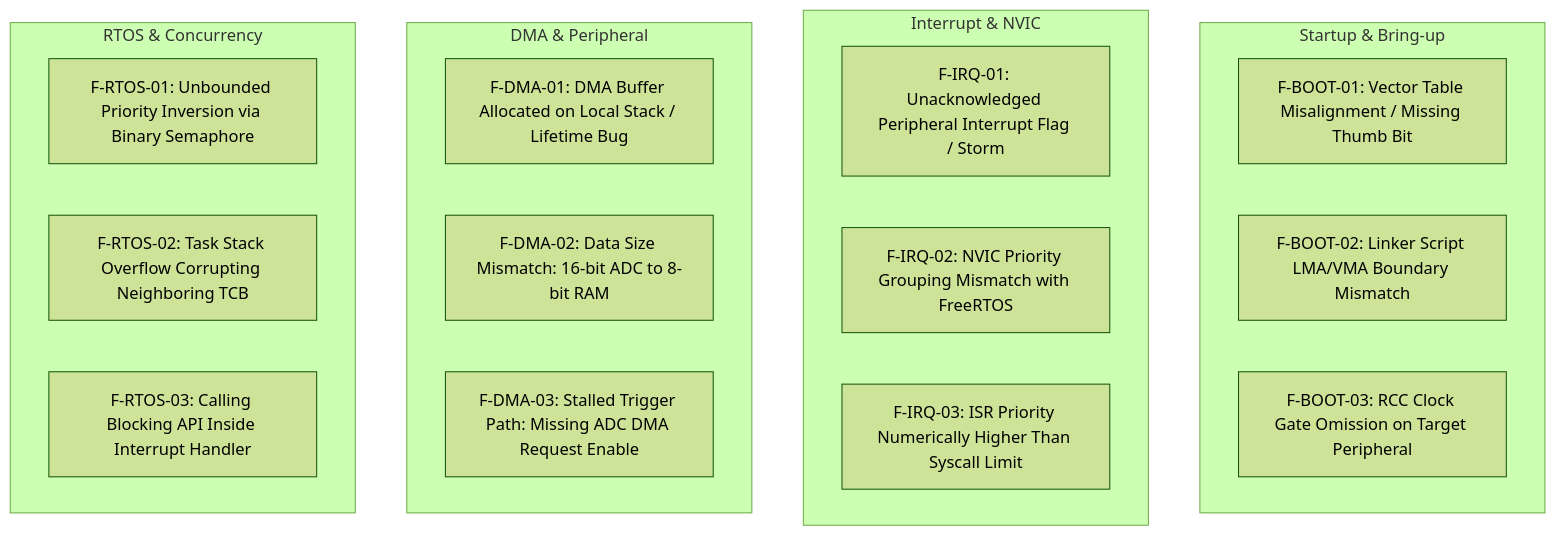
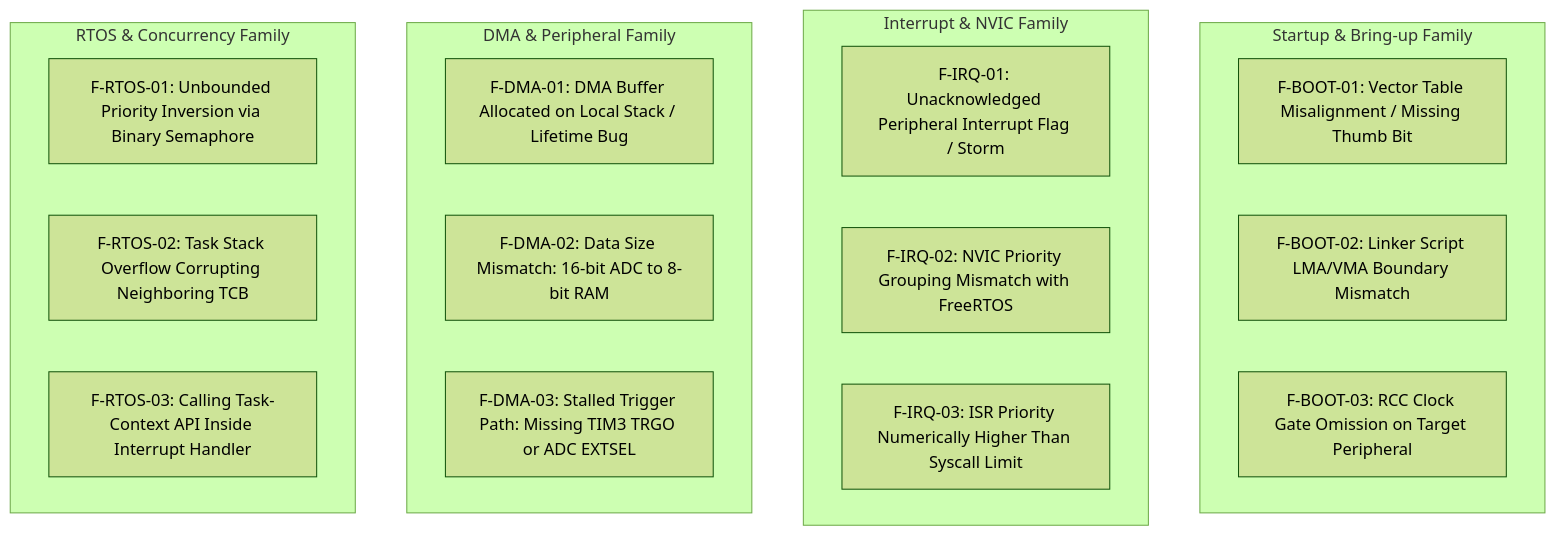
Before and after one commit to CN-JJB/embed-system: the third of 5 diagrams in research/phase-2/2026-09-03-stm32-freertos-curriculum-design.md, drawn with Mermaid (forest theme). The commit also changed other lines of this file and 1 other file, not shown here.

Commit message:
review: resolve Leader Rework #1 S3 hardware path and S2 blockers

````diff
--- a/research/phase-2/2026-09-03-stm32-freertos-curriculum-design.md
+++ b/research/phase-2/2026-09-03-stm32-freertos-curriculum-design.md
@@ -700,26 +725,26 @@
 ```mermaid
 graph TD
-    subgraph Startup & Bring-up
+    subgraph Startup & Bring-up Family
         F_BOOT1[F-BOOT-01: Vector Table Misalignment / Missing Thumb Bit]
         F_BOOT2[F-BOOT-02: Linker Script LMA/VMA Boundary Mismatch]
         F_BOOT3[F-BOOT-03: RCC Clock Gate Omission on Target Peripheral]
     end
 
-    subgraph Interrupt & NVIC
+    subgraph Interrupt & NVIC Family
         F_IRQ1[F-IRQ-01: Unacknowledged Peripheral Interrupt Flag / Storm]
         F_IRQ2[F-IRQ-02: NVIC Priority Grouping Mismatch with FreeRTOS]
         F_IRQ3[F-IRQ-03: ISR Priority Numerically Higher Than Syscall Limit]
     end
 
-    subgraph DMA & Peripheral
+    subgraph DMA & Peripheral Family
         F_DMA1[F-DMA-01: DMA Buffer Allocated on Local Stack / Lifetime Bug]
         F_DMA2[F-DMA-02: Data Size Mismatch: 16-bit ADC to 8-bit RAM]
-        F_DMA3[F-DMA-03: Stalled Trigger Path: Missing ADC DMA Request Enable]
+        F_DMA3[F-DMA-03: Stalled Trigger Path: Missing TIM3 TRGO or ADC EXTSEL]
     end
 
-    subgraph RTOS & Concurrency
+    subgraph RTOS & Concurrency Family
         F_RTOS1[F-RTOS-01: Unbounded Priority Inversion via Binary Semaphore]
         F_RTOS2[F-RTOS-02: Task Stack Overflow Corrupting Neighboring TCB]
-        F_RTOS3[F-RTOS-03: Calling Blocking API Inside Interrupt Handler]
+        F_RTOS3[F-RTOS-03: Calling Task-Context API Inside Interrupt Handler]
     end
 ```
````
